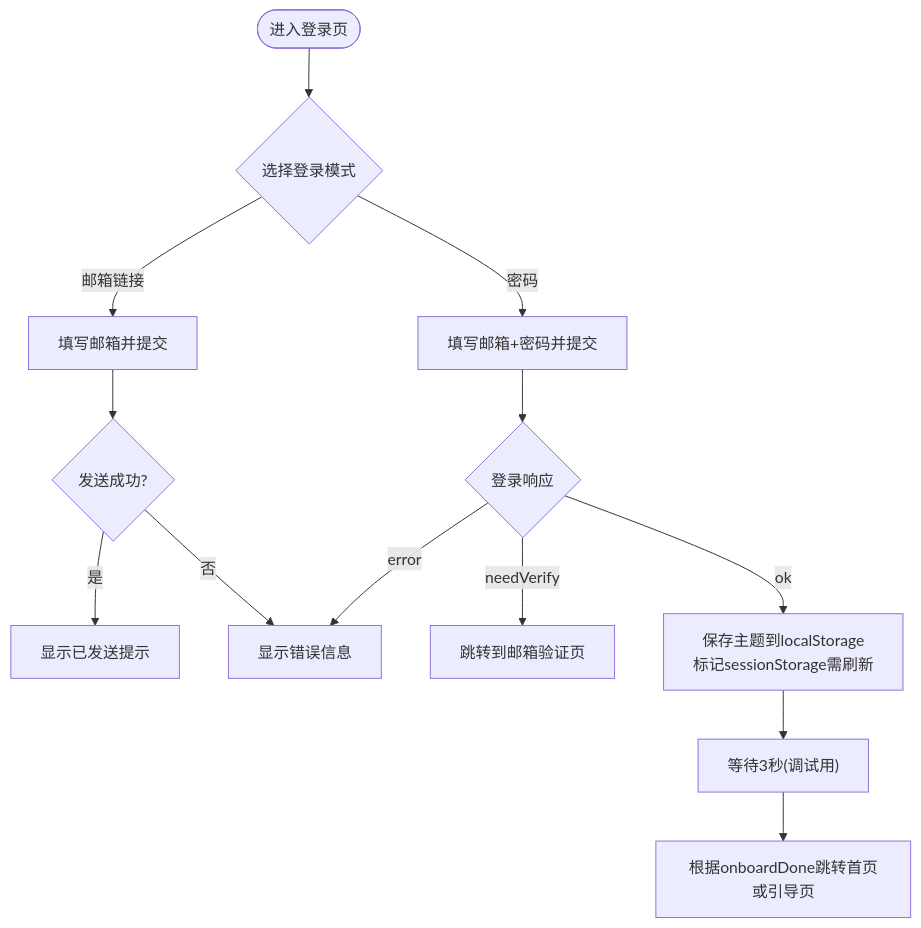
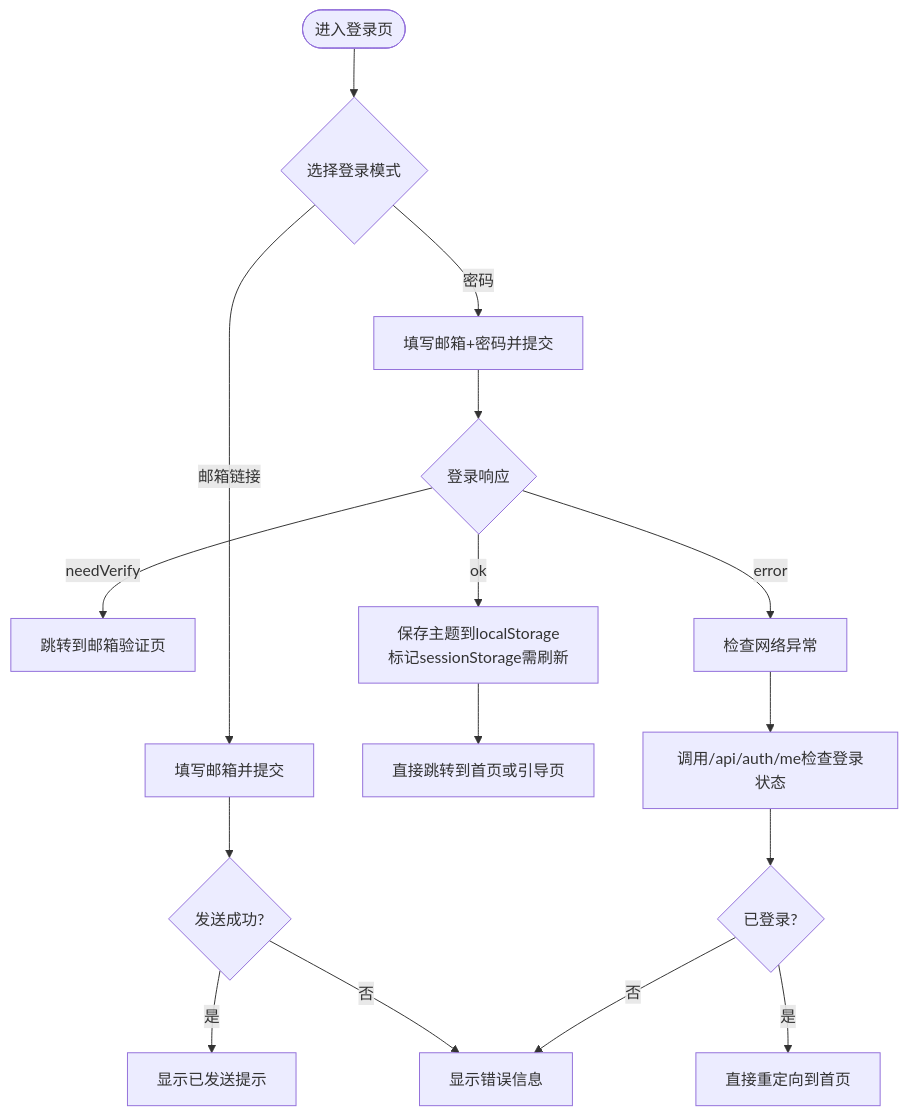
One commit to kangkang919/xinya changed the third of 10 diagrams in .qoder/repowiki/zh/content/用户认证系统/登录页面调试功能.md. Above: the diagram before and after it, drawn with Mermaid. The commit also changed other lines of this file and 37 other files, not shown here.

````diff
--- a/.qoder/repowiki/zh/content/用户认证系统/登录页面调试功能.md
+++ b/.qoder/repowiki/zh/content/用户认证系统/登录页面调试功能.md
@@ -182,15 +208,18 @@
 ```mermaid
 flowchart TD
 Start(["进入登录页"]) --> Mode{"选择登录模式"}
 Mode --> |邮箱链接| MagicForm["填写邮箱并提交"]
 Mode --> |密码| PassForm["填写邮箱+密码并提交"]
 MagicForm --> SendOK{"发送成功?"}
 SendOK --> |是| ShowSent["显示已发送提示"]
 SendOK --> |否| ShowErr["显示错误信息"]
 PassForm --> LoginRes{"登录响应"}
 LoginRes --> |needVerify| GoVerify["跳转到邮箱验证页"]
 LoginRes --> |ok| SaveTheme["保存主题到localStorage<br/>标记sessionStorage需刷新"]
-SaveTheme --> Delay["等待3秒(调试用)"]
-Delay --> Redirect["根据onboardDone跳转首页或引导页"]
-LoginRes --> |error| ShowErr
+SaveTheme --> Redirect["直接跳转到首页或引导页"]
+LoginRes --> |error| NetworkCheck["检查网络异常"]
+NetworkCheck --> MeAPI["调用/api/auth/me检查登录状态"]
+MeAPI --> LoggedIn{"已登录?"}
+LoggedIn --> |是| DirectRedirect["直接重定向到首页"]
+LoggedIn --> |否| ShowErr
 ```
````
